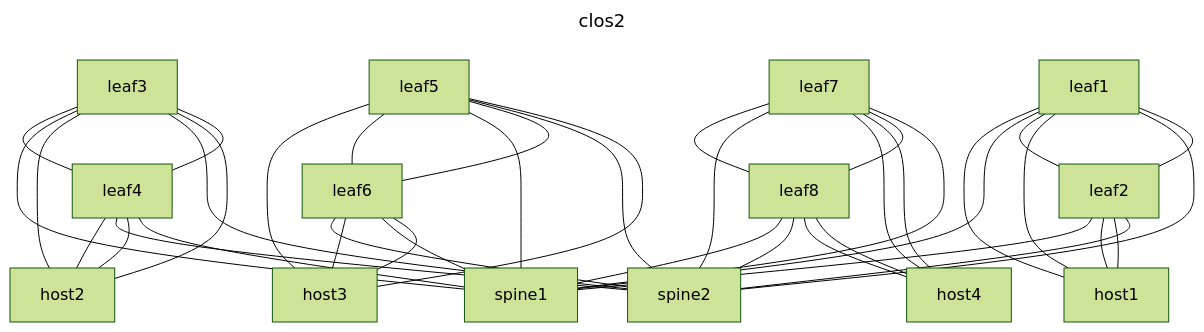
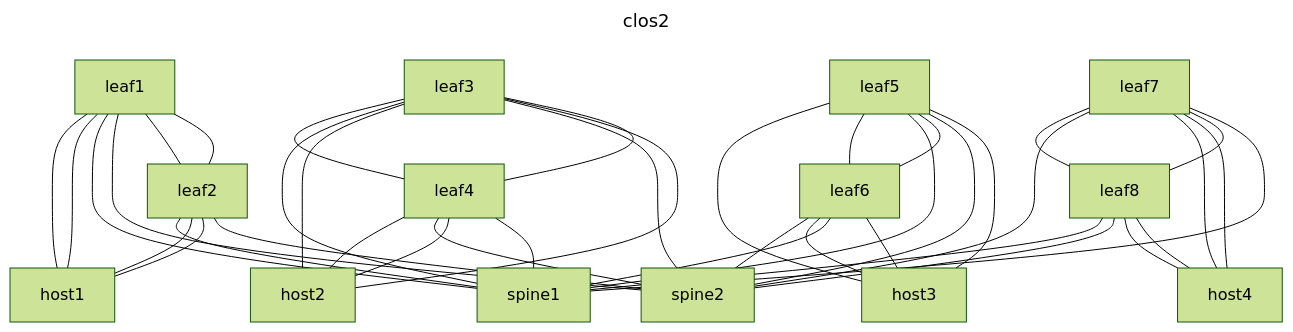
Before and after one commit to jryburn/ac2-labinfo: the diagram in clabs-srl/srl-evpn-clos2.clab.mermaid, drawn with Mermaid (forest theme). The commit also changed other lines of this file, not shown here.

```diff
--- a/clabs-srl/srl-evpn-clos2.clab.mermaid
+++ b/clabs-srl/srl-evpn-clos2.clab.mermaid
@@ -1,44 +1,44 @@
 ---
 title: clos2
 ---
 graph TD
+  leaf1---host1
+  leaf1---host1
+  leaf1---spine1
+  leaf1---spine2
+  leaf1---leaf2
+  leaf1---leaf2
   leaf4---host2
   leaf3---leaf4
   leaf5---host3
   leaf5---leaf6
   leaf5---spine1
   leaf6---spine2
   leaf7---leaf8
   leaf7---spine2
   leaf8---spine1
   leaf2---spine1
   leaf3---spine1
   leaf4---spine2
-  leaf1---host1
-  leaf1---spine1
   leaf3---host2
   leaf6---host3
   leaf7---host4
   leaf7---host4
-  leaf1---leaf2
   leaf3---spine2
   leaf5---leaf6
   leaf8---spine2
-  leaf1---host1
-  leaf1---spine2
   leaf3---host2
   leaf6---spine1
   leaf6---host3
   leaf5---spine2
   leaf7---leaf8
   leaf2---host1
-  leaf1---leaf2
   leaf4---host2
   leaf4---spine1
   leaf8---host4
   leaf7---spine1
   leaf2---host1
   leaf2---spine2
   leaf3---leaf4
   leaf5---host3
   leaf8---host4
```
